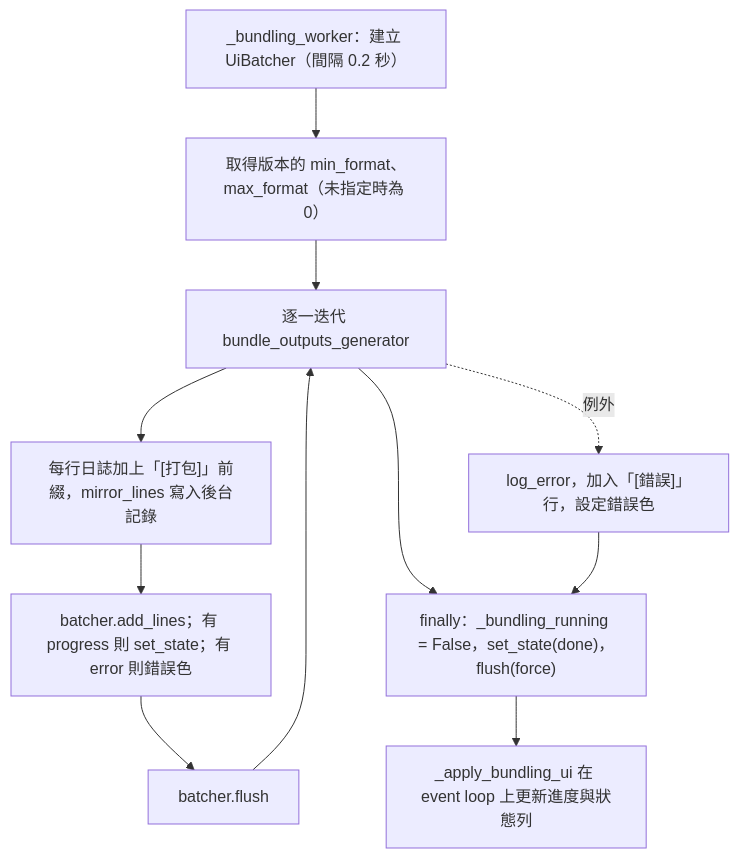
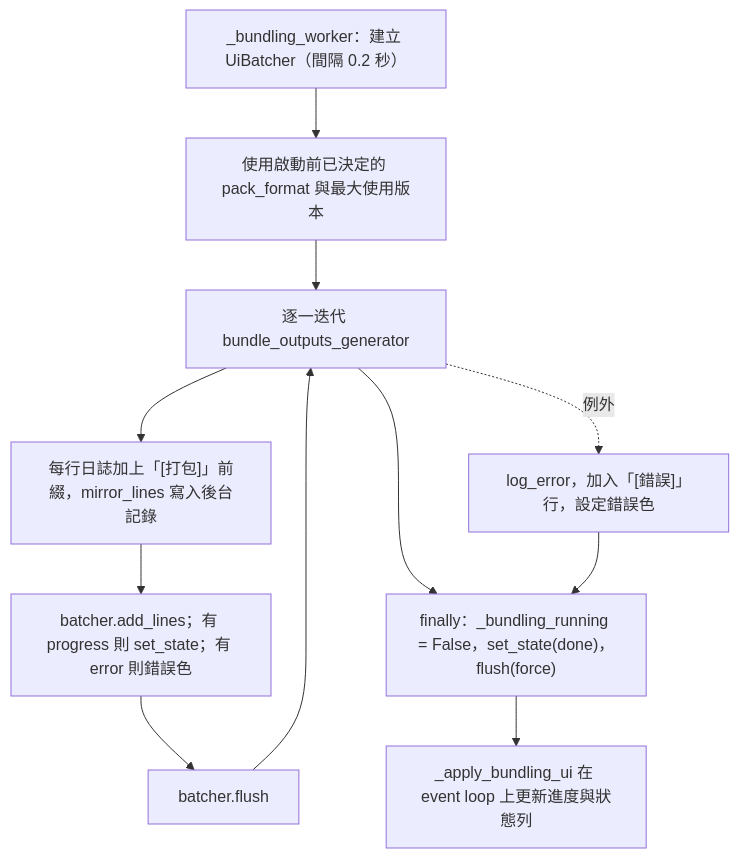
One commit to jlin53882/Minecraft-translate changed the fifth of 6 diagrams in docs/page_flows/bundler.md. Above: the diagram before and after it, drawn with Mermaid. The commit also changed other lines of this file and 37 other files, not shown here.

````diff
--- a/docs/page_flows/bundler.md
+++ b/docs/page_flows/bundler.md
@@ -83,13 +83,13 @@
 ```mermaid
 flowchart TD
-    A["_bundling_worker：建立 UiBatcher（間隔 0.2 秒）"] --> B["取得版本的 min_format、max_format（未指定時為 0）"]
+    A["_bundling_worker：建立 UiBatcher（間隔 0.2 秒）"] --> B["使用啟動前已決定的 pack_format 與最大使用版本"]
     B --> C["逐一迭代 bundle_outputs_generator"]
     C --> D["每行日誌加上「[打包]」前綴，mirror_lines 寫入後台記錄"]
     D --> E["batcher.add_lines；有 progress 則 set_state；有 error 則錯誤色"]
     E --> F["batcher.flush"]
     F --> C
     C -. 例外 .-> G["log_error，加入「[錯誤]」行，設定錯誤色"]
     C --> H["finally：_bundling_running = False，set_state(done)，flush(force)"]
     G --> H
     H --> I["_apply_bundling_ui 在 event loop 上更新進度與狀態列"]
 ```
````
